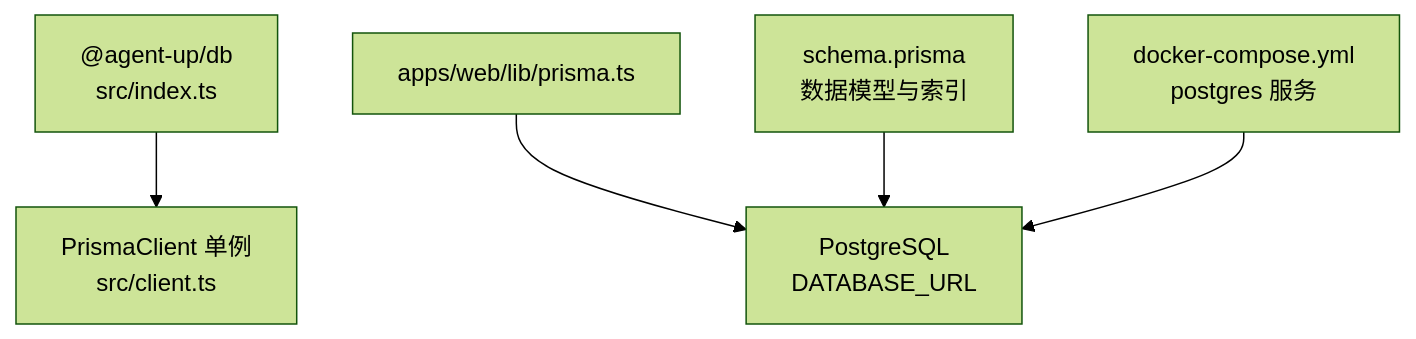
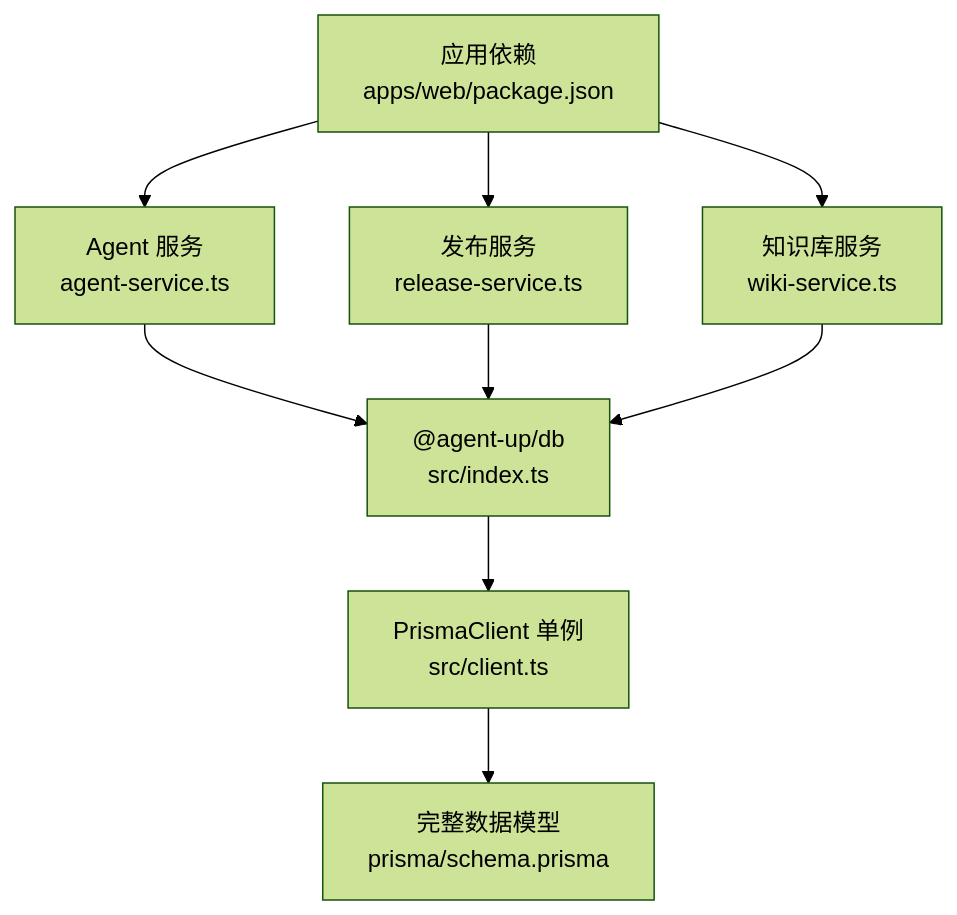
The second of 4 diagrams in .qoder/repowiki/zh/content/共享包开发/Database Utilities 包.md (ai-guru-global/agent-up), drawn with Mermaid (forest theme) before and after one commit. The commit also changed other lines of this file and 57 other files, not shown here.

````diff
--- a/.qoder/repowiki/zh/content/共享包开发/Database Utilities 包.md
+++ b/.qoder/repowiki/zh/content/共享包开发/Database Utilities 包.md
@@ -96,7 +113,11 @@
 ```mermaid
 graph TB
 A["@agent-up/db<br/>src/index.ts"] --> B["PrismaClient 单例<br/>src/client.ts"]
-C["apps/web/lib/prisma.ts"] --> D["PostgreSQL<br/>DATABASE_URL"]
-E["schema.prisma<br/>数据模型与索引"] --> D
-F["docker-compose.yml<br/>postgres 服务"] --> D
+B --> C["完整数据模型<br/>prisma/schema.prisma"]
+D["Agent 服务<br/>agent-service.ts"] --> A
+E["发布服务<br/>release-service.ts"] --> A
+F["知识库服务<br/>wiki-service.ts"] --> A
+G["应用依赖<br/>apps/web/package.json"] --> D
+G --> E
+G --> F
 ```
````
